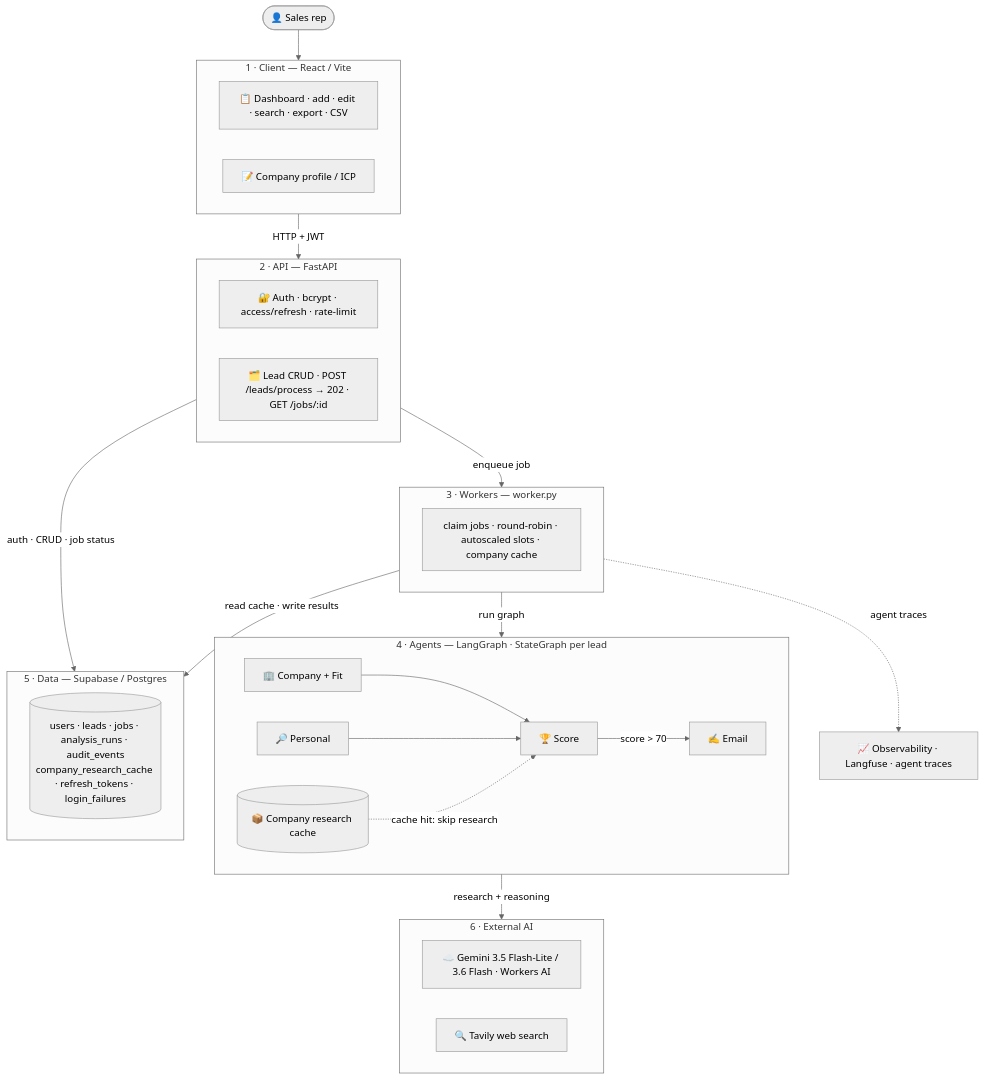
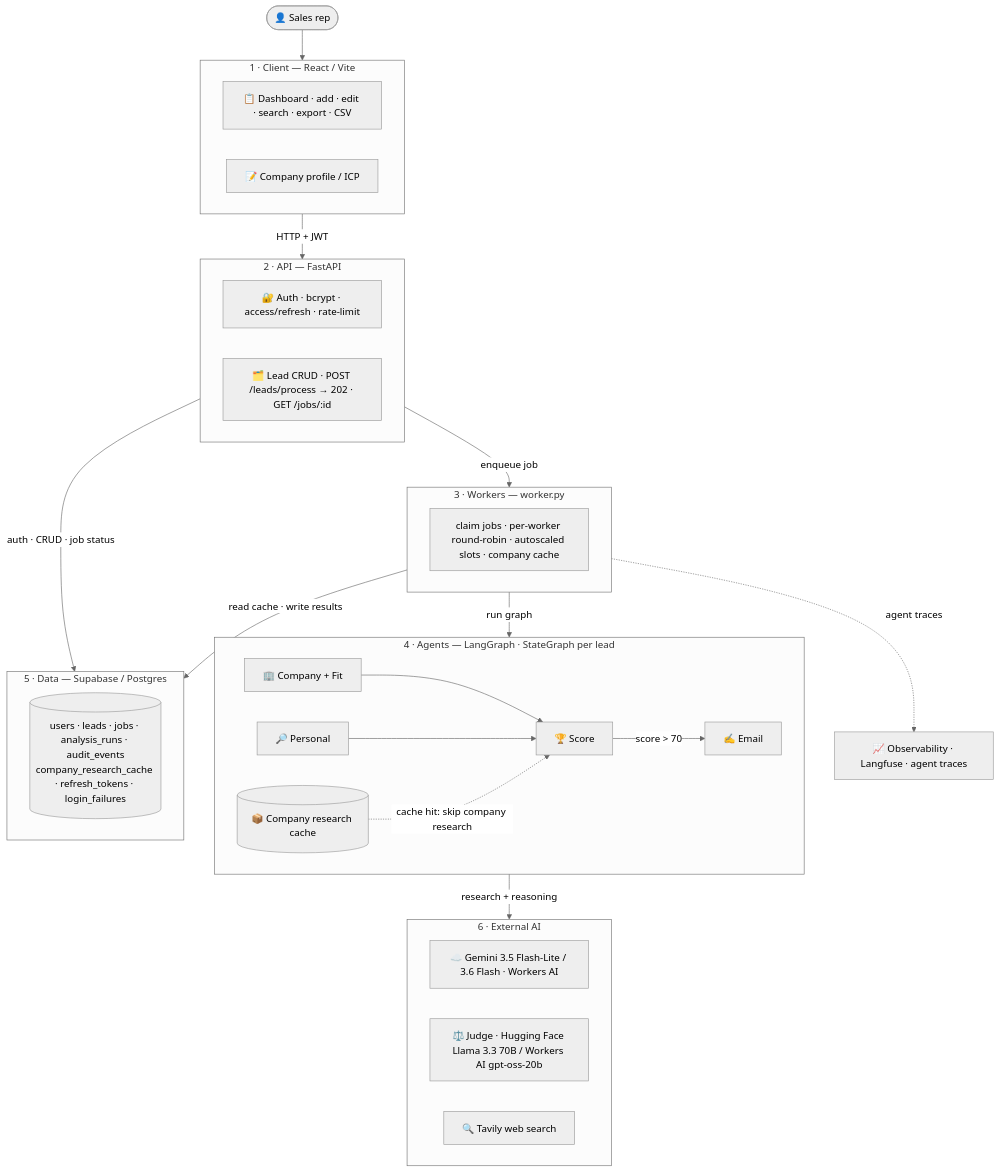
One commit to VIVPM/multi-crew-leads-dashboard changed the diagram in README.md. Above: the diagram before and after it, drawn with Mermaid (neutral theme). The commit also changed other lines of this file and 5 other files, not shown here.

Commit message:
Align architecture docs with code and group testing tools

````diff
--- a/README.md
+++ b/README.md
@@ -21,47 +21,48 @@
 ```mermaid
 graph TD
     User(["👤 Sales rep"])
 
     subgraph CLIENT ["1 · Client — React / Vite"]
         UI["📋 Dashboard · add · edit · search · export · CSV"]
         ICP["📝 Company profile / ICP"]
     end
 
     subgraph APP ["2 · API — FastAPI"]
         Auth["🔐 Auth · bcrypt · access/refresh · rate-limit"]
         REST["🗂️ Lead CRUD · POST /leads/process → 202 · GET /jobs/:id"]
     end
 
     subgraph CTRL ["3 · Workers — worker.py"]
-        Claim["claim jobs · round-robin · autoscaled slots · company cache"]
+        Claim["claim jobs · per-worker round-robin · autoscaled slots · company cache"]
     end
 
     subgraph AI ["4 · Agents — LangGraph · StateGraph per lead"]
         direction LR
         A2["🏢 Company + Fit"] --> A3["🏆 Score"]
         A1["🔎 Personal"] --> A3
-        C[("📦 Company research cache")] -.->|cache hit: skip research| A3
+        C[("📦 Company research cache")] -.->|cache hit: skip company research| A3
         A3 -->|score > 70| E1["✍️ Email"]
     end
 
     subgraph DATA ["5 · Data — Supabase / Postgres"]
         Tbls[("users · leads · jobs · analysis_runs · audit_events
 company_research_cache · refresh_tokens · login_failures")]
     end
 
     subgraph EXT ["6 · External AI"]
         LLM["☁️ Gemini 3.5 Flash-Lite / 3.6 Flash · Workers AI"]
+        Judge["⚖️ Judge · Hugging Face Llama 3.3 70B / Workers AI gpt-oss-20b"]
         Tavily["🔍 Tavily web search"]
     end
 
     OBS["📈 Observability · Langfuse · agent traces"]
 
     User --> CLIENT
     CLIENT -->|HTTP + JWT| APP
     APP -->|auth · CRUD · job status| DATA
     APP -->|enqueue job| CTRL
     CTRL -->|run graph| AI
     AI -->|research + reasoning| EXT
     CTRL -->|read cache · write results| DATA
     CTRL -.->|agent traces| OBS
 ```
````
